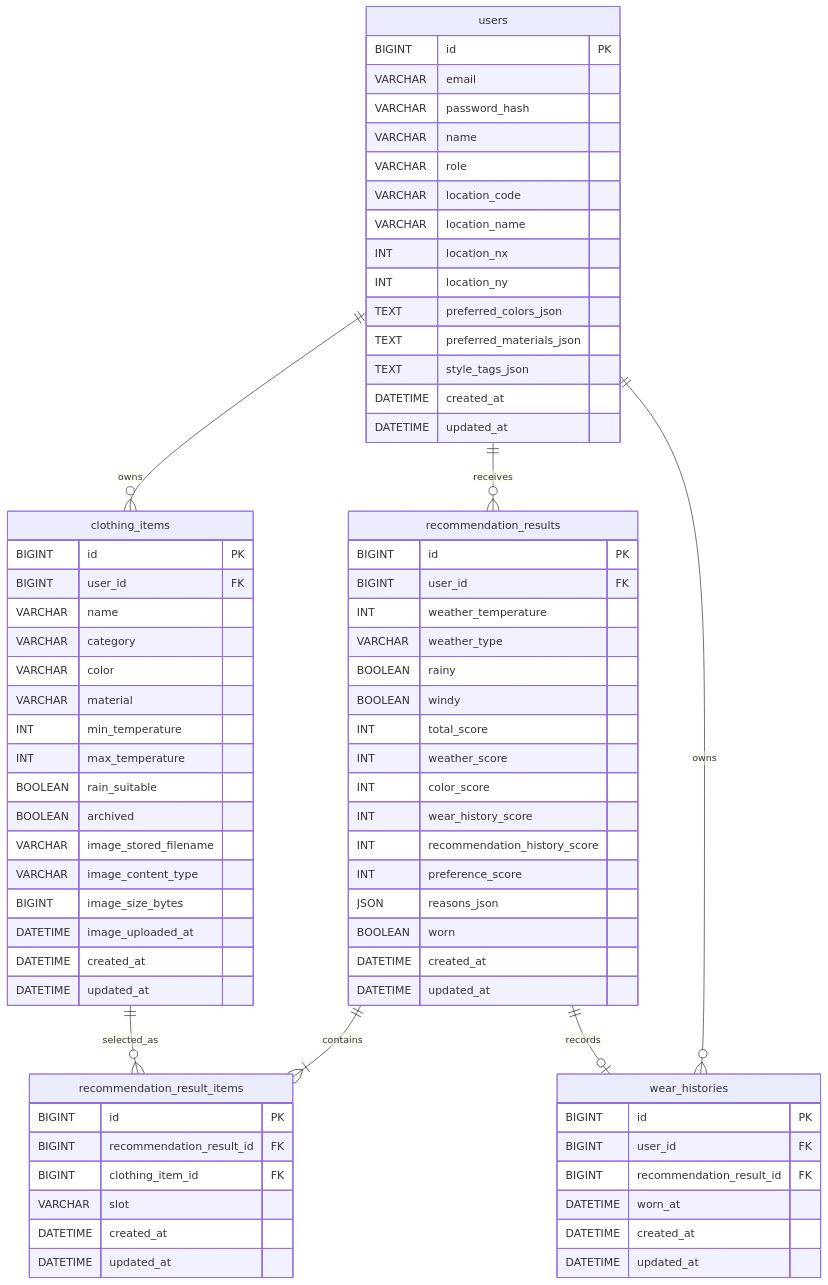
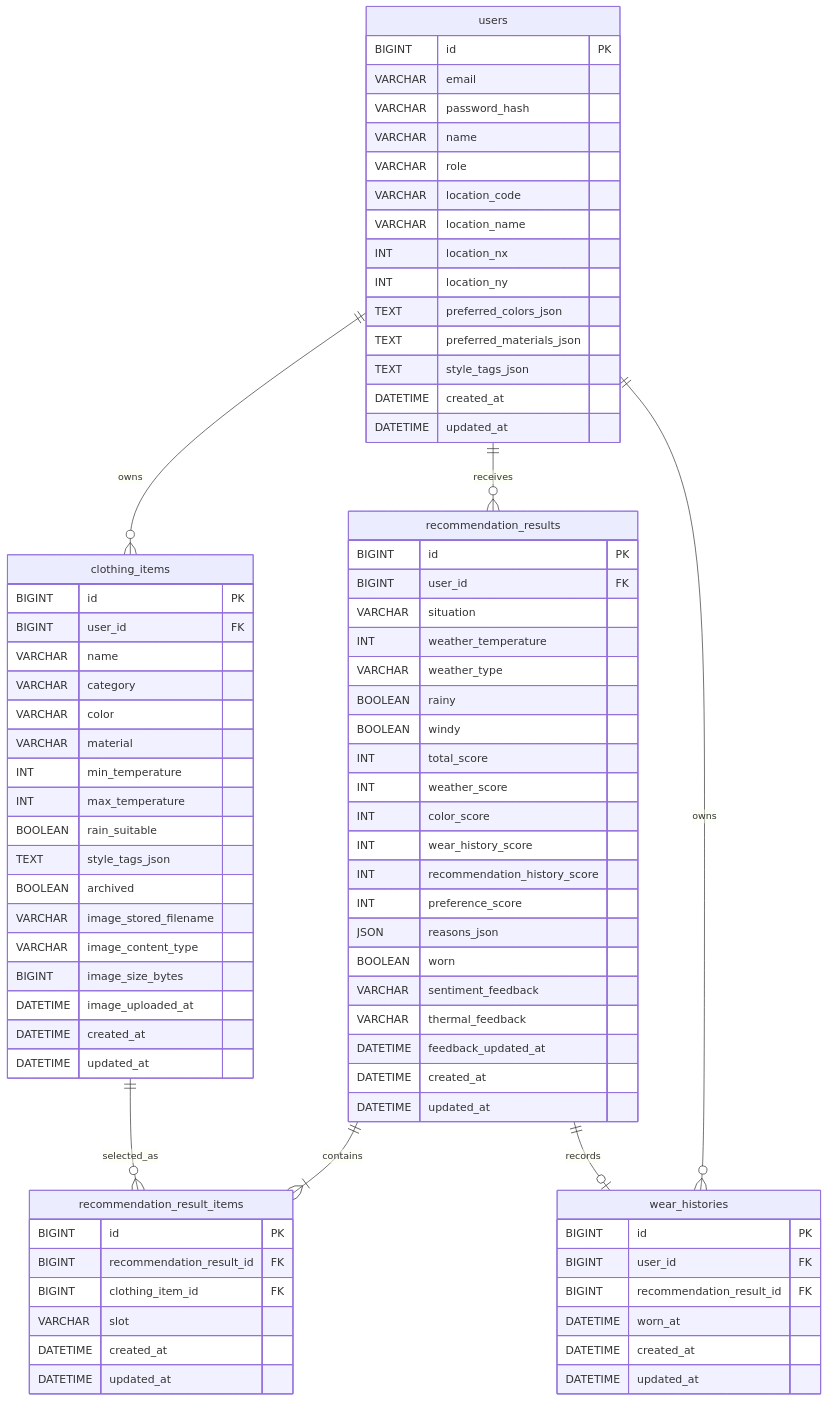
One commit to vanilalatte03/SmartCloset-v2 changed the diagram in docs/ERD.md. Above: the diagram before and after it, drawn with Mermaid. The commit also changed other lines of this file and 33 other files, not shown here.

```diff
--- a/docs/ERD.md
+++ b/docs/ERD.md
@@ -63,6 +61,7 @@
     INT min_temperature
     INT max_temperature
     BOOLEAN rain_suitable
+    TEXT style_tags_json
     BOOLEAN archived
     VARCHAR image_stored_filename
     VARCHAR image_content_type
@@ -75,6 +74,7 @@
   recommendation_results {
     BIGINT id PK
     BIGINT user_id FK
+    VARCHAR situation
     INT weather_temperature
     VARCHAR weather_type
     BOOLEAN rainy
@@ -87,6 +87,9 @@
     INT preference_score
     JSON reasons_json
     BOOLEAN worn
+    VARCHAR sentiment_feedback
+    VARCHAR thermal_feedback
+    DATETIME feedback_updated_at
     DATETIME created_at
     DATETIME updated_at
   }
```
